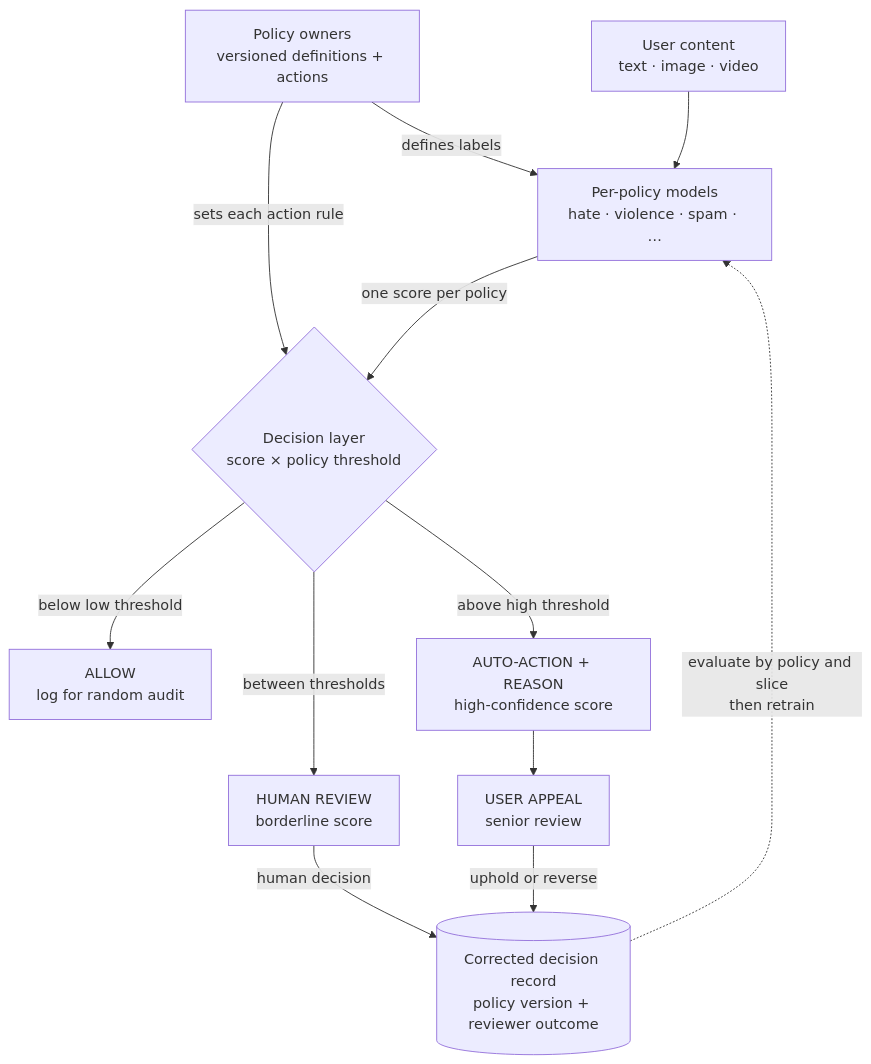
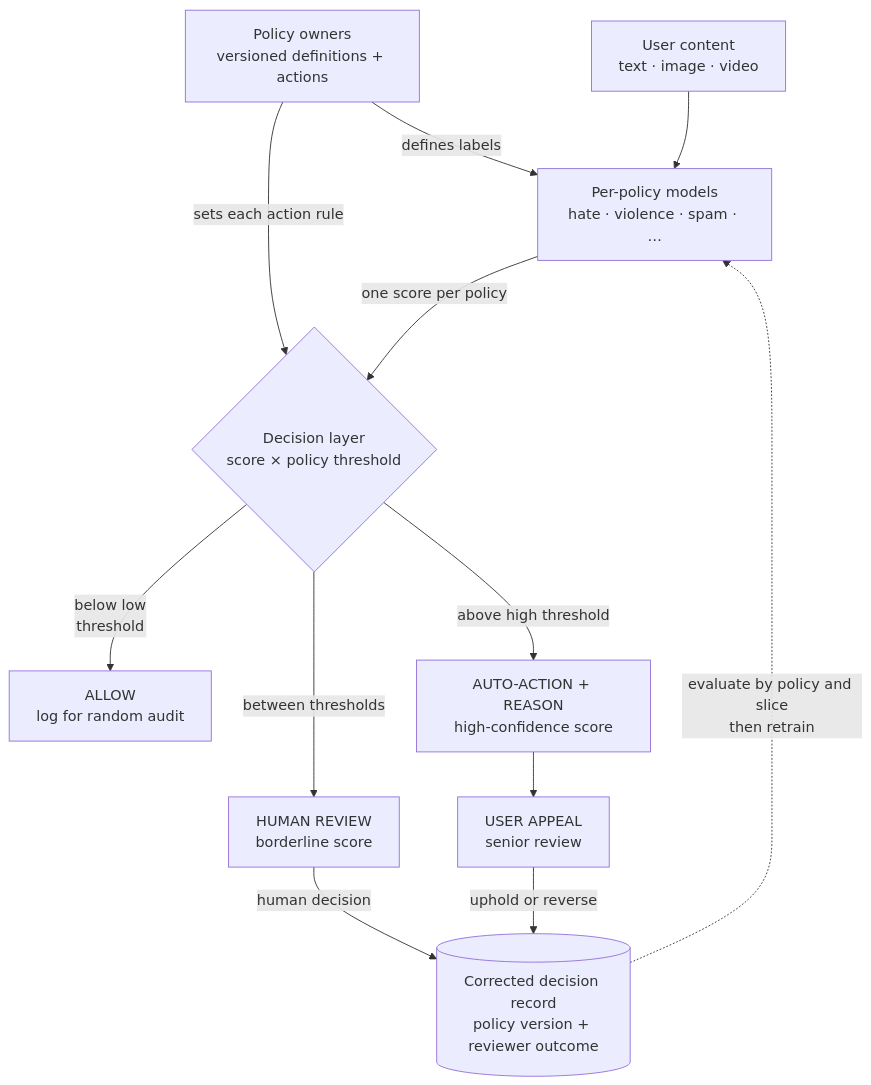
One commit to mlmentorship/mlmentorship.github.io changed the diagram in src/content/posts/2025-05-29-content-moderation.md. Above: the diagram before and after it, drawn with Mermaid. The commit also changed 8 other files, not shown here.

````diff
--- a/src/content/posts/2025-05-29-content-moderation.md
+++ b/src/content/posts/2025-05-29-content-moderation.md
@@ -63,30 +63,29 @@
 ```mermaid
 flowchart TB
 	accTitle: Policy governs a multi-policy moderation decision and correction loop
 	accDescr: Policy owners publish versioned definitions and actions. Those definitions determine training labels for per-policy models and set policy-specific routing thresholds. User content enters the models, which produce separate scores for policies such as hate speech, violence, and spam. The decision layer combines each score with its policy threshold and routes the item to allow, trained human review, or an automatic action with a reason. Human decisions and appealed automatic actions create corrected decision records. Those records feed evaluation and retraining, but do not let the model redefine policy.
 	Policy["Policy owners<br/>versioned definitions + actions"]
 	Content["User content<br/>text · image · video"]
 	Models["Per-policy models<br/>hate · violence · spam · …"]
 	Decision{"Decision layer<br/>score × policy threshold"}
 	Allow["ALLOW<br/>log for random audit"]
 	Review["HUMAN REVIEW<br/>borderline score"]
 	Auto["AUTO-ACTION + REASON<br/>high-confidence score"]
 	Appeal["USER APPEAL<br/>senior review"]
 	Record[("Corrected decision record<br/>policy version + reviewer outcome")]
 	Policy -->|"defines labels"| Models
 	Policy -->|"sets each action rule"| Decision
 	Content --> Models
 	Models -->|"one score per policy"| Decision
-	Decision -->|"below low threshold"| Allow
+	Decision -->|"below low<br/>threshold"| Allow
 	Decision -->|"between thresholds"| Review
 	Decision -->|"above high threshold"| Auto
 	Review -->|"human decision"| Record
 	Auto --> Appeal
 	Appeal -->|"uphold or reverse"| Record
 	Record -. "evaluate by policy and slice<br/>then retrain" .-> Models
 	class Content viz-input
 	class Policy,Record viz-state
 	class Decision viz-focus
 	class Allow,Review,Auto,Appeal viz-output
-	class Policy,Content,Models,Decision,Allow,Review,Auto,Appeal,Record viz-compact
 ```
````
